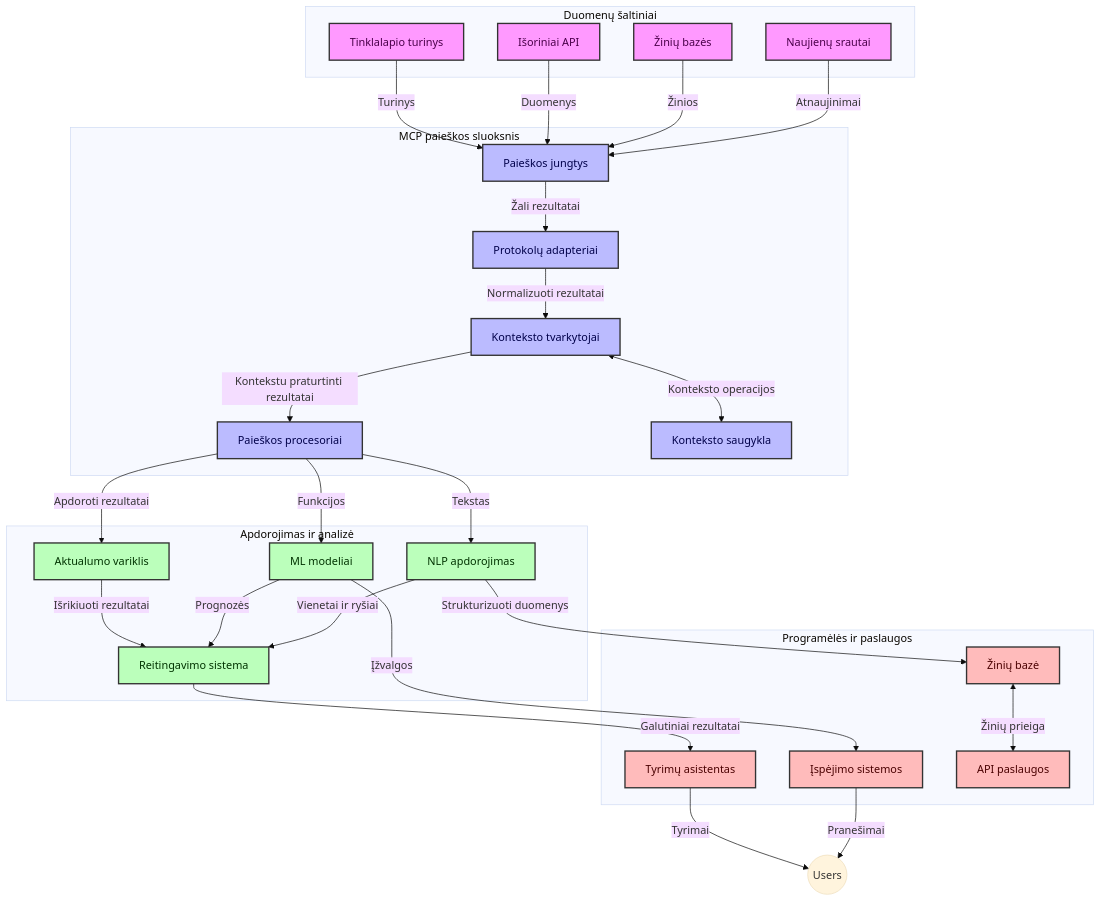
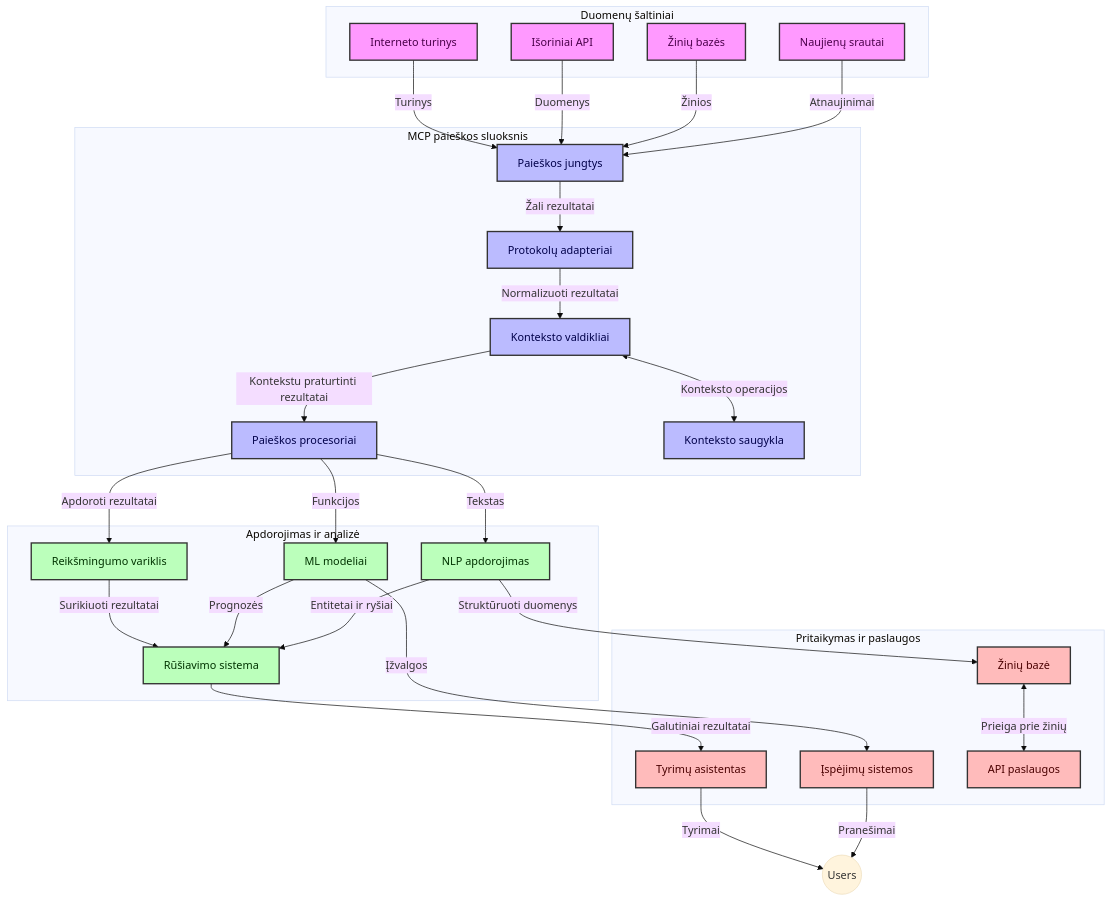
Before and after one commit to microsoft/mcp-for-beginners: the first of 4 diagrams in translations/lt/05-AdvancedTopics/mcp-realtimesearch/README.md, drawn with Mermaid (base theme). The commit also changed other lines of this file and 132 other files, not shown here.

````diff
--- a/translations/lt/05-AdvancedTopics/mcp-realtimesearch/README.md
+++ b/translations/lt/05-AdvancedTopics/mcp-realtimesearch/README.md
@@ -109,66 +109,66 @@
 ```mermaid
 graph TD
     subgraph "Duomenų šaltiniai"
-        Web[Tinklalapio turinys]
+        Web[Interneto turinys]
         APIs[Išoriniai API]
         DB[Žinių bazės]
         News[Naujienų srautai]
     end
 
     subgraph "MCP paieškos sluoksnis"
         SC[Paieškos jungtys]
         PA[Protokolų adapteriai]
-        CH[Konteksto tvarkytojai]
+        CH[Konteksto valdikliai]
         SP[Paieškos procesoriai]
         CS[Konteksto saugykla]
     end
 
     subgraph "Apdorojimas ir analizė"
-        RE[Aktualumo variklis]
+        RE[Reikšmingumo variklis]
         ML[ML modeliai]
         NLP[NLP apdorojimas]
-        Rank[Reitingavimo sistema]
+        Rank[Rūšiavimo sistema]
     end
 
-    subgraph "Programėlės ir paslaugos"
+    subgraph "Pritaikymas ir paslaugos"
         RA[Tyrimų asistentas]
-        Alerts[Įspėjimo sistemos]
+        Alerts[Įspėjimų sistemos]
         KB[Žinių bazė]
         API[API paslaugos]
     end
 
     Web -->|Turinys| SC
     APIs -->|Duomenys| SC
     DB -->|Žinios| SC
     News -->|Atnaujinimai| SC
     
     SC -->|Žali rezultatai| PA
     PA -->|Normalizuoti rezultatai| CH
     CH <-->|Konteksto operacijos| CS
     CH -->|Kontekstu praturtinti rezultatai| SP
     SP -->|Apdoroti rezultatai| RE
     SP -->|Funkcijos| ML
     SP -->|Tekstas| NLP
     
-    RE -->|Išrikiuoti rezultatai| Rank
+    RE -->|Surikiuoti rezultatai| Rank
     ML -->|Prognozės| Rank
-    NLP -->|Vienetai ir ryšiai| Rank
+    NLP -->|Entitetai ir ryšiai| Rank
     
     Rank -->|Galutiniai rezultatai| RA
     ML -->|Įžvalgos| Alerts
-    NLP -->|Strukturizuoti duomenys| KB
+    NLP -->|Struktūruoti duomenys| KB
     
     RA -->|Tyrimai| Users((Users))
     Alerts -->|Pranešimai| Users
-    KB <-->|Žinių prieiga| API
+    KB <-->|Prieiga prie žinių| API
 
     classDef sources fill:#f9f,stroke:#333,stroke-width:2px,color:#4a004a
     classDef mcp fill:#bbf,stroke:#333,stroke-width:2px,color:#00004a
     classDef processing fill:#bfb,stroke:#333,stroke-width:2px,color:#003300
     classDef apps fill:#fbb,stroke:#333,stroke-width:2px,color:#4a0000
     
     class Web,APIs,DB,News sources
     class SC,PA,CH,SP,CS mcp
     class RE,ML,NLP,Rank processing
     class RA,Alerts,KB,API apps
 ```
````
